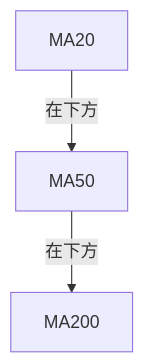
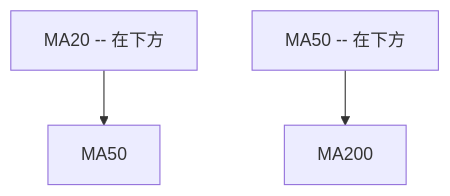
Before and after one commit to yennanliu/finance_data: the sixth of 10 diagrams in ai_gen_report/stock/grab/technical_analysis_2026-03-29_openai.md, drawn with Mermaid. The commit also changed other lines of this file and 2258 other files, not shown here.

First line of the commit message:
chore: backfill Mermaid syntax repair across existing reports

````diff
--- a/ai_gen_report/stock/grab/technical_analysis_2026-03-29_openai.md
+++ b/ai_gen_report/stock/grab/technical_analysis_2026-03-29_openai.md
@@ -230,5 +230,5 @@
 ```mermaid
 graph TD
-    MA20 -- 在下方 --> MA50
-    MA50 -- 在下方 --> MA200
+    nb1["MA20 -- 在下方"] --> MA50
+    nb2["MA50 -- 在下方"] --> MA200
 ```
````
